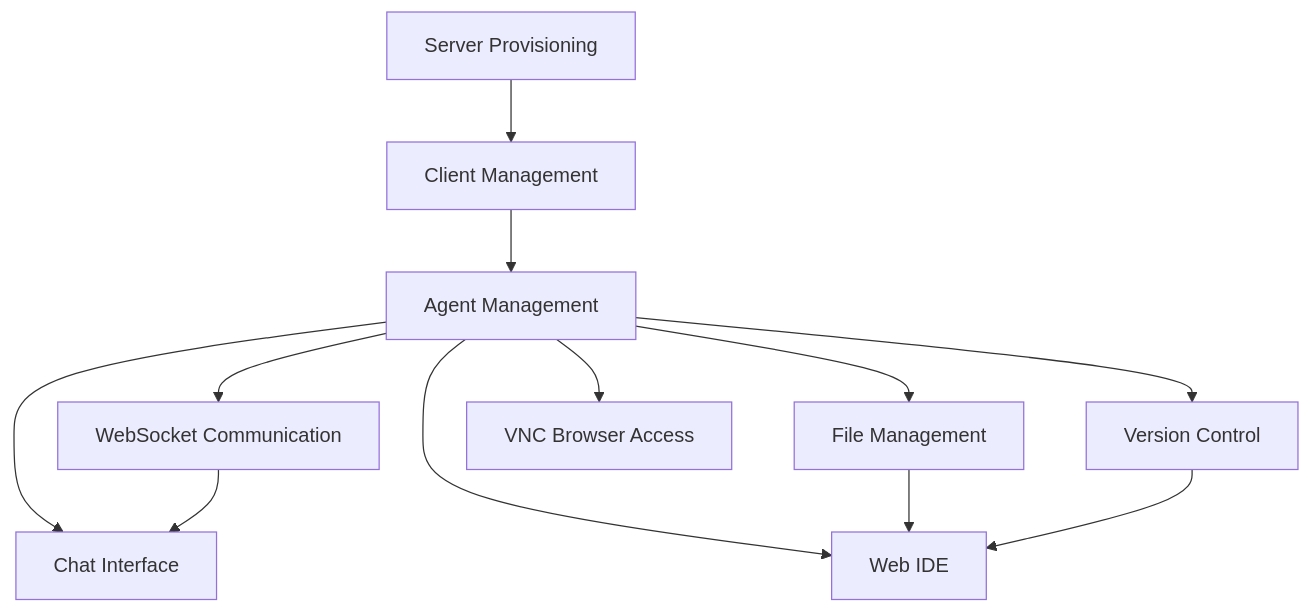
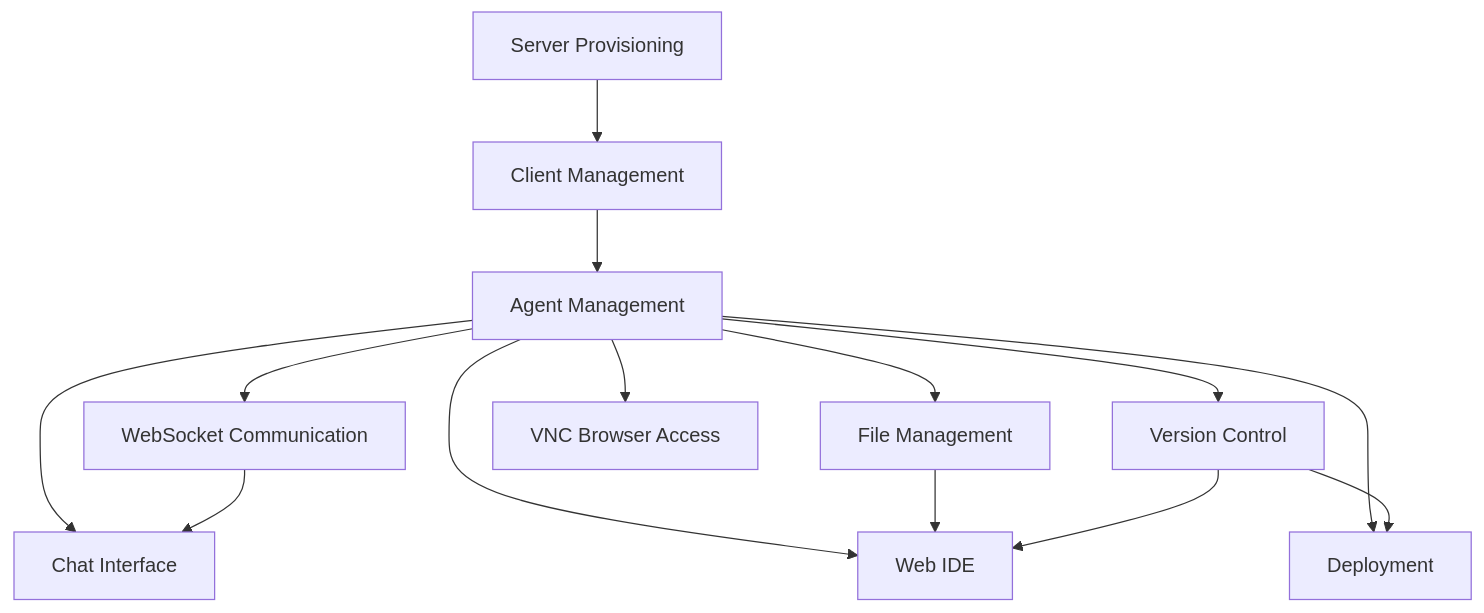
One commit to forepath/tsef changed the diagram in docs/agenstra/features/README.md. Above: the diagram before and after it, drawn with Mermaid. The commit also changed other lines of this file and 85 other files, not shown here.

````diff
--- a/docs/agenstra/features/README.md
+++ b/docs/agenstra/features/README.md
@@ -129,24 +143,27 @@
 ```mermaid
 graph TB
     CM[Client Management]
     AM[Agent Management]
     SP[Server Provisioning]
     WS[WebSocket Communication]
     FM[File Management]
     VC[Version Control]
     IDE[Web IDE]
     Chat[Chat Interface]
     VNC[VNC Browser Access]
+    DEP[Deployment]
 
     SP --> CM
     CM --> AM
     AM --> WS
     AM --> FM
     AM --> VC
     AM --> IDE
     AM --> Chat
     AM --> VNC
+    AM --> DEP
     WS --> Chat
     FM --> IDE
     VC --> IDE
+    VC --> DEP
 ```
````
